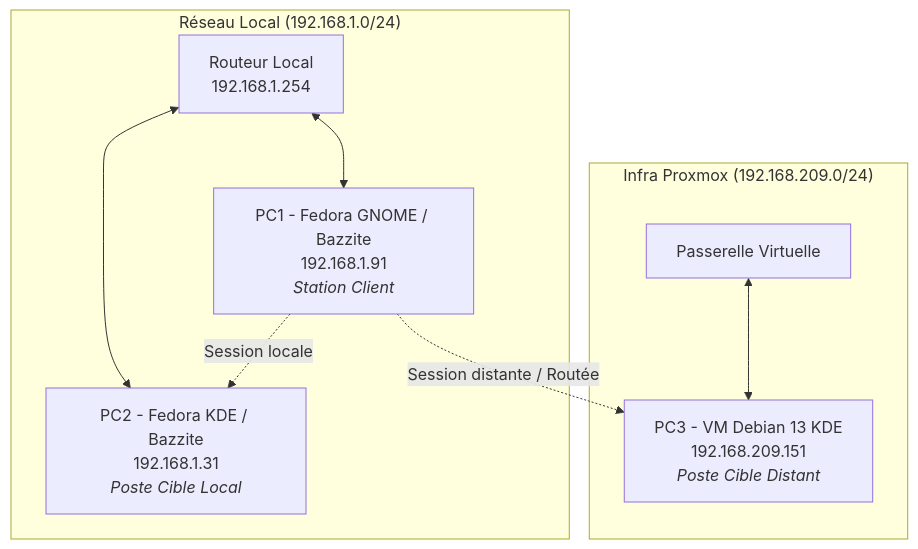
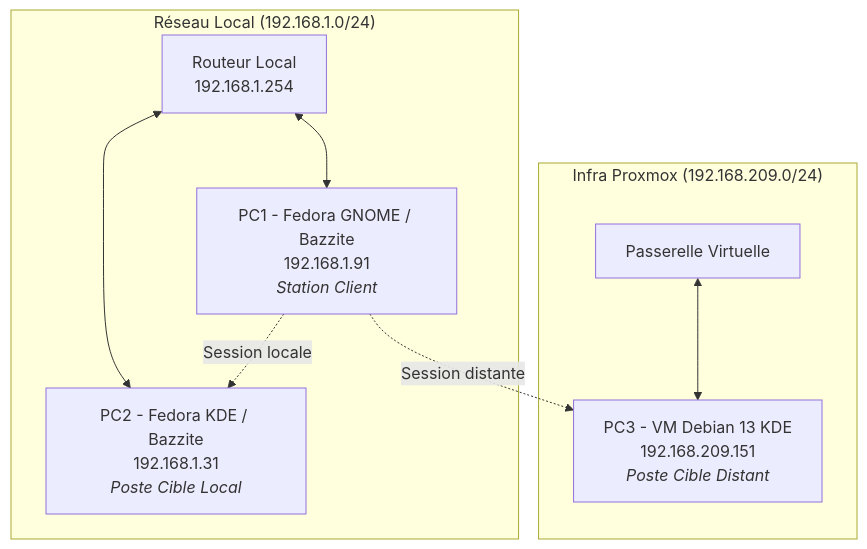
One commit to Loris-Kuj0/doc-sio changed the diagram in docs/da.md. Above: the diagram before and after it, drawn with Mermaid.

````diff
--- a/docs/da.md
+++ b/docs/da.md
@@ -24,21 +24,21 @@
 ```mermaid
 graph TD
     subgraph LAN1 ["Réseau Local (192.168.1.0/24)"]
         R1[Routeur Local<br/>192.168.1.254]
         PC1[PC1 - Fedora GNOME / Bazzite<br/>192.168.1.91<br/><i>Station Client</i>]
         PC2[PC2 - Fedora KDE / Bazzite<br/>192.168.1.31<br/><i>Poste Cible Local</i>]
         
         R1 <--> PC1
         R1 <--> PC2
     end
 
     subgraph PROXMOX ["Infra Proxmox (192.168.209.0/24)"]
         GW[Passerelle Virtuelle]
         PC3[PC3 - VM Debian 13 KDE<br/>192.168.209.151<br/><i>Poste Cible Distant</i>]
         
         GW <--> PC3
     end
 
     PC1 -.->|Session locale| PC2
-    PC1 -.->|Session distante / Routée| PC3
+    PC1 -.->|Session distante| PC3
 ```
````
